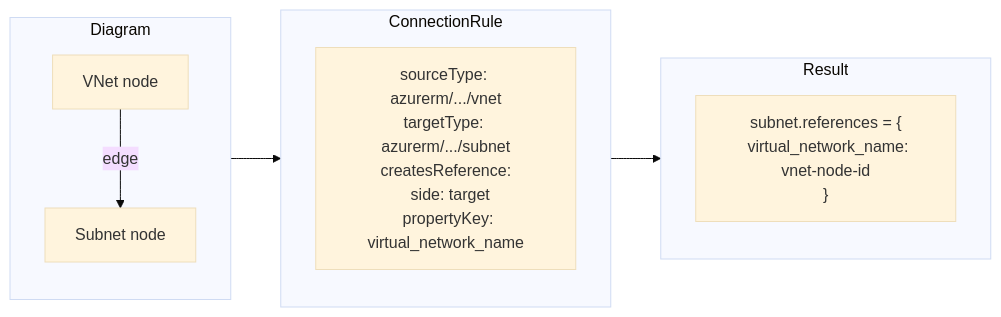
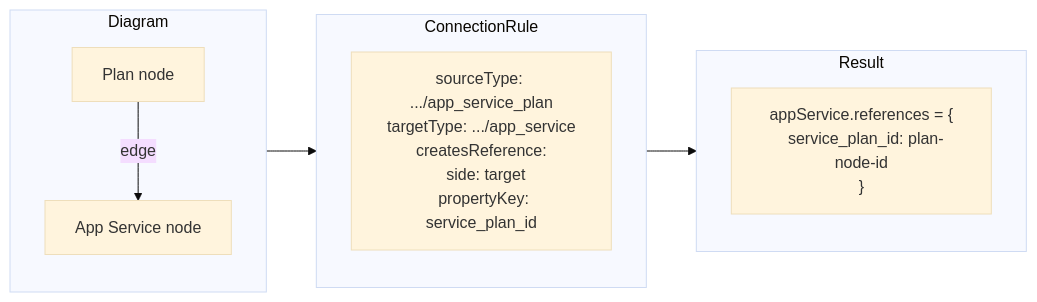
One commit to afroze9/terrastudio changed the fourth of 5 diagrams in docs/hcl-generation.md. Above: the diagram before and after it, drawn with Mermaid (base theme). The commit also changed other lines of this file and 4 other files, not shown here.

````diff
--- a/docs/hcl-generation.md
+++ b/docs/hcl-generation.md
@@ -80,16 +105,16 @@
 ```mermaid
 flowchart LR
     subgraph Diagram
-        A["VNet node"] -->|"edge"| B["Subnet node"]
+        A["Plan node"] -->|"edge"| B["App Service node"]
     end
 
     subgraph ConnectionRule
-        CR["sourceType: azurerm/.../vnet<br/>targetType: azurerm/.../subnet<br/>createsReference:<br/>  side: target<br/>  propertyKey: virtual_network_name"]
+        CR["sourceType: .../app_service_plan<br/>targetType: .../app_service<br/>createsReference:<br/>  side: target<br/>  propertyKey: service_plan_id"]
     end
 
     subgraph Result
-        R["subnet.references = {<br/>  virtual_network_name: vnet-node-id<br/>}"]
+        R["appService.references = {<br/>  service_plan_id: plan-node-id<br/>}"]
     end
 
     Diagram --> ConnectionRule --> Result
 ```
````
